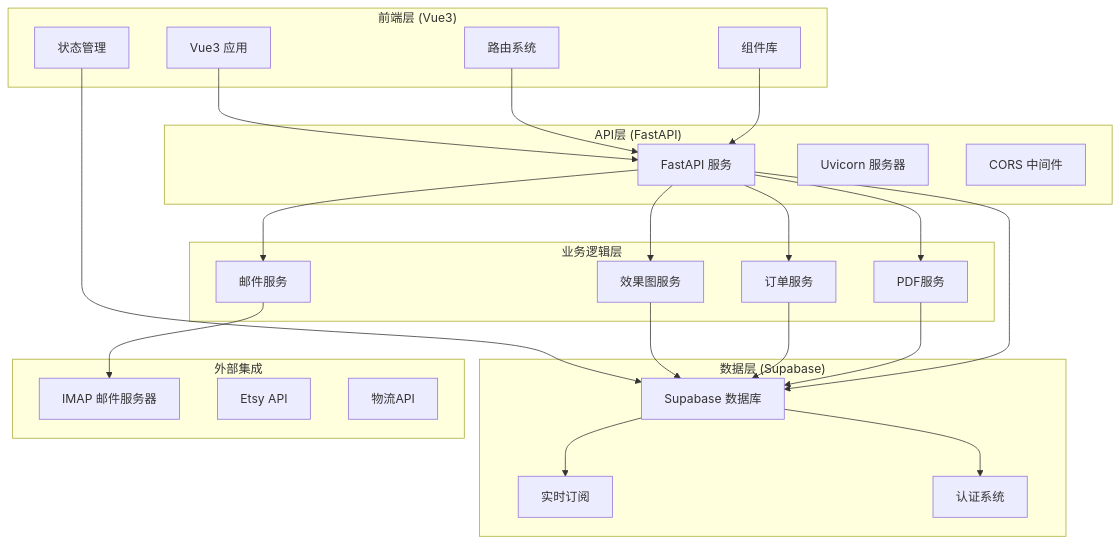
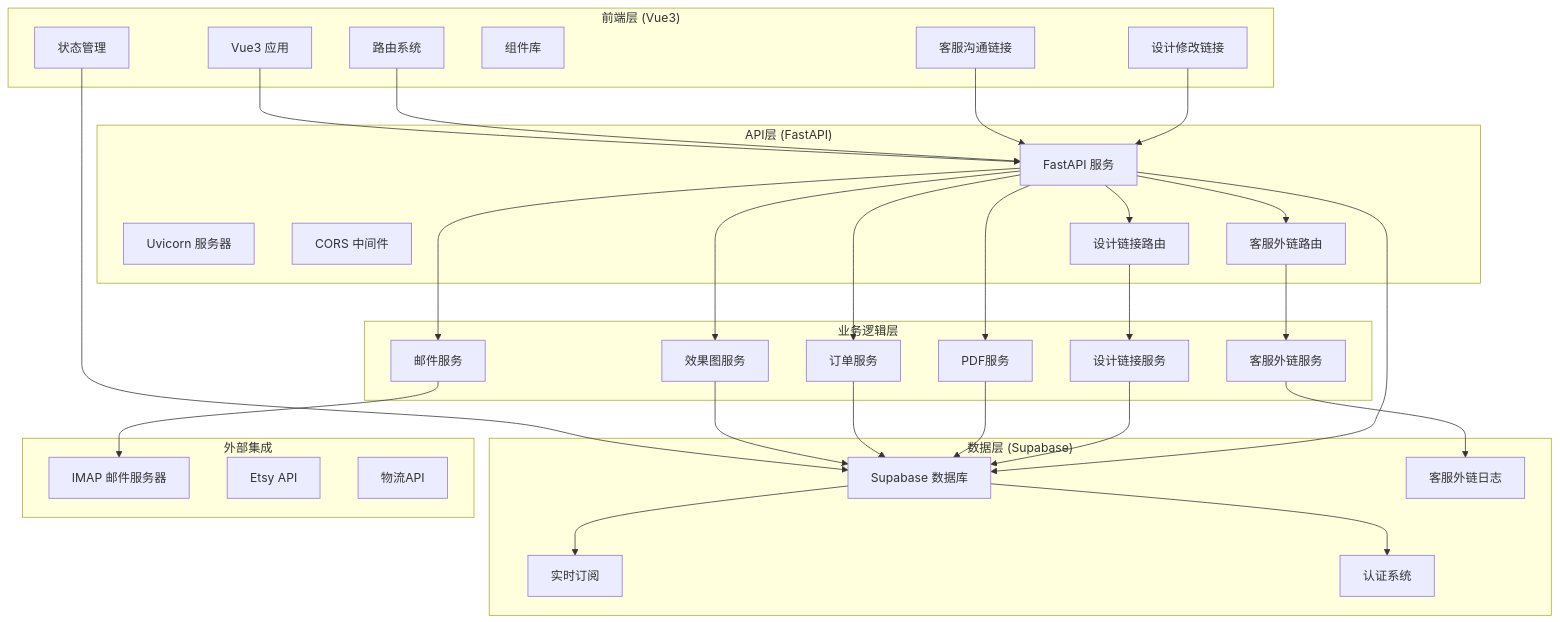
One commit to SY6621/POD-Order-Management changed the first of 16 diagrams in .qoder/repowiki/zh/content/项目概述.md. Above: the diagram before and after it, drawn with Mermaid. The commit also changed other lines of this file and 15 other files, not shown here.

````diff
--- a/.qoder/repowiki/zh/content/项目概述.md
+++ b/.qoder/repowiki/zh/content/项目概述.md
@@ -61,45 +71,59 @@
 ```mermaid
 graph TB
 subgraph "前端层 (Vue3)"
 VueApp[Vue3 应用]
 Router[路由系统]
 Store[状态管理]
 Components[组件库]
+ServiceLink[客服沟通链接]
+DesignLink[设计修改链接]
 end
 subgraph "API层 (FastAPI)"
 FastAPI[FastAPI 服务]
 APIServer[Uvicorn 服务器]
 CORS[CORS 中间件]
+ServiceRoutes[客服外链路由]
+DesignRoutes[设计链接路由]
 end
 subgraph "数据层 (Supabase)"
 SupabaseDB[Supabase 数据库]
 Realtime[实时订阅]
 Auth[认证系统]
+ServiceLogs[客服外链日志]
 end
 subgraph "业务逻辑层"
 EmailService[邮件服务]
 EffectService[效果图服务]
 OrderService[订单服务]
 PDFService[PDF服务]
+ServiceLinkService[客服外链服务]
+DesignLinkService[设计链接服务]
 end
 subgraph "外部集成"
 IMAP[IMAP 邮件服务器]
 EtsyAPI[Etsy API]
 ShippingAPI[物流API]
 end
 VueApp --> FastAPI
 Router --> FastAPI
 Store --> SupabaseDB
-Components --> FastAPI
+ServiceLink --> FastAPI
+DesignLink --> FastAPI
+FastAPI --> ServiceRoutes
+FastAPI --> DesignRoutes
 FastAPI --> EmailService
 FastAPI --> EffectService
 FastAPI --> OrderService
 FastAPI --> PDFService
+ServiceRoutes --> ServiceLinkService
+DesignRoutes --> DesignLinkService
 EmailService --> IMAP
 EffectService --> SupabaseDB
 OrderService --> SupabaseDB
 PDFService --> SupabaseDB
+ServiceLinkService --> ServiceLogs
+DesignLinkService --> SupabaseDB
 FastAPI --> SupabaseDB
 SupabaseDB --> Realtime
 SupabaseDB --> Auth
 ```
````
